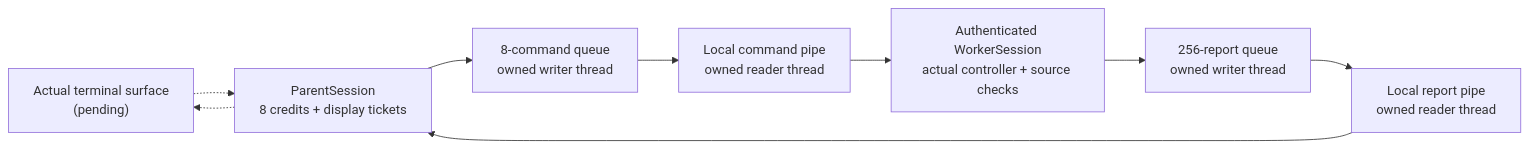
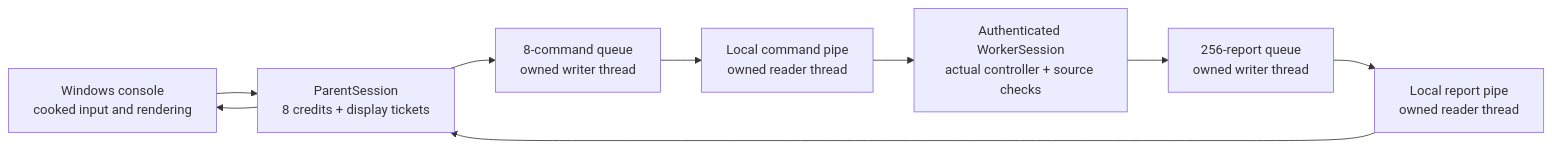
Before and after one commit to giodl73-repo/REEL: the second of 7 diagrams in docs/installation-native-runtime-v1.md, drawn with Mermaid. The commit also changed other lines of this file and 3 other files, not shown here.

````diff
--- a/docs/installation-native-runtime-v1.md
+++ b/docs/installation-native-runtime-v1.md
@@ -104,13 +104,13 @@
 ```mermaid
 flowchart LR
     accTitle: Separate one-way pipes isolate blocked command and report I/O
-    accDescr: ParentSession and WorkerSession exchange guarded commands and observations through owned pipe I/O. ParentSession keeps command credits through worker confirmation of display. The actual terminal still needs integration. Both actual worker pipe peers must match the PID held by the existing process runner.
-    console["Actual terminal surface<br/>(pending)"] -.-> fg["ParentSession<br/>8 credits + display tickets"]
-    fg -.-> console
+    accDescr: ParentSession and WorkerSession exchange guarded commands and observations through owned pipe I/O. ParentSession keeps command credits through worker confirmation of display. Both actual worker pipe peers must match the PID held by the existing process runner.
+    console["Windows console<br/>cooked input and rendering"] --> fg["ParentSession<br/>8 credits + display tickets"]
+    fg --> console
     fg --> cq["8-command queue<br/>owned writer thread"]
     cq --> cp["Local command pipe<br/>owned reader thread"]
     cp --> worker["Authenticated WorkerSession<br/>actual controller + source checks"]
     worker --> rq["256-report queue<br/>owned writer thread"]
     rq --> rp["Local report pipe<br/>owned reader thread"]
     rp --> fg
 ```
````
